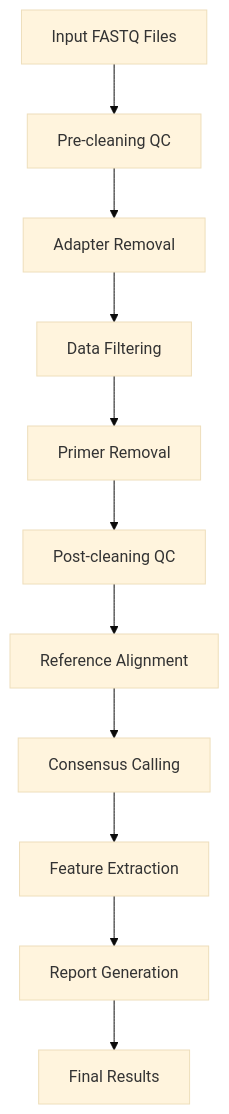
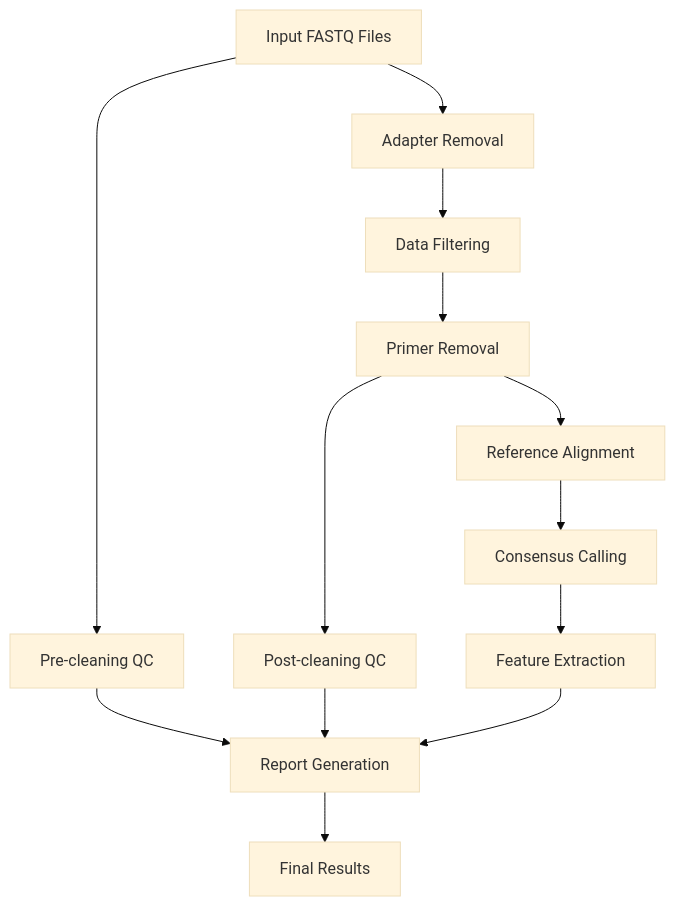
Before and after one commit to RIVM-bioinformatics/ViroConstrictor: the first of 2 diagrams in docs/architecture.md, drawn with Mermaid (base theme). The commit also changed 2 other files, not shown here.

Commit message:
docs: minor changes to presets table and architecture mermaid graphs

````diff
--- a/docs/architecture.md
+++ b/docs/architecture.md
@@ -62,13 +62,15 @@
 ```mermaid
 graph TD
     A[Input FASTQ Files] --> B[Pre-cleaning QC]
-    B --> C[Adapter Removal]
+    A --> C[Adapter Removal]
     C --> D[Data Filtering]
     D --> E[Primer Removal]
     E --> F[Post-cleaning QC]
-    F --> G[Reference Alignment]
+    E --> G[Reference Alignment]
     G --> H[Consensus Calling]
     H --> I[Feature Extraction]
     I --> J[Report Generation]
     J --> K[Final Results]
+    B --> J
+    F --> J
 ```
````
